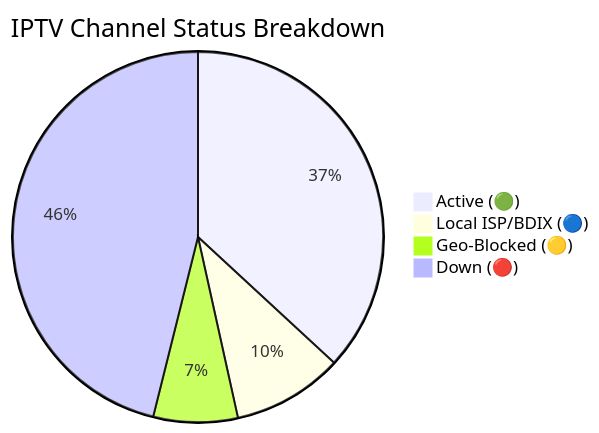
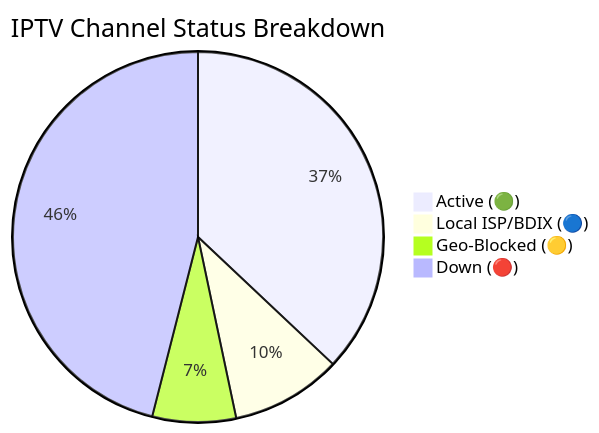
One commit to andreataylord/Ip-tv-Collection changed the diagram in README.md. Above: the diagram before and after it, drawn with Mermaid. The commit also changed other lines of this file and 1 other file, not shown here.

Commit message:
docs(readme): auto-update daily channel status chart

````diff
--- a/README.md
+++ b/README.md
@@ -59,7 +59,7 @@
 ```mermaid
 pie title IPTV Channel Status Breakdown
-    "Active (🟢)" : 2928
+    "Active (🟢)" : 2940
     "Local ISP/BDIX (🔵)" : 767
-    "Geo-Blocked (🟡)" : 584
-    "Down (🔴)" : 3661
+    "Geo-Blocked (🟡)" : 579
+    "Down (🔴)" : 3654
 ```
````
